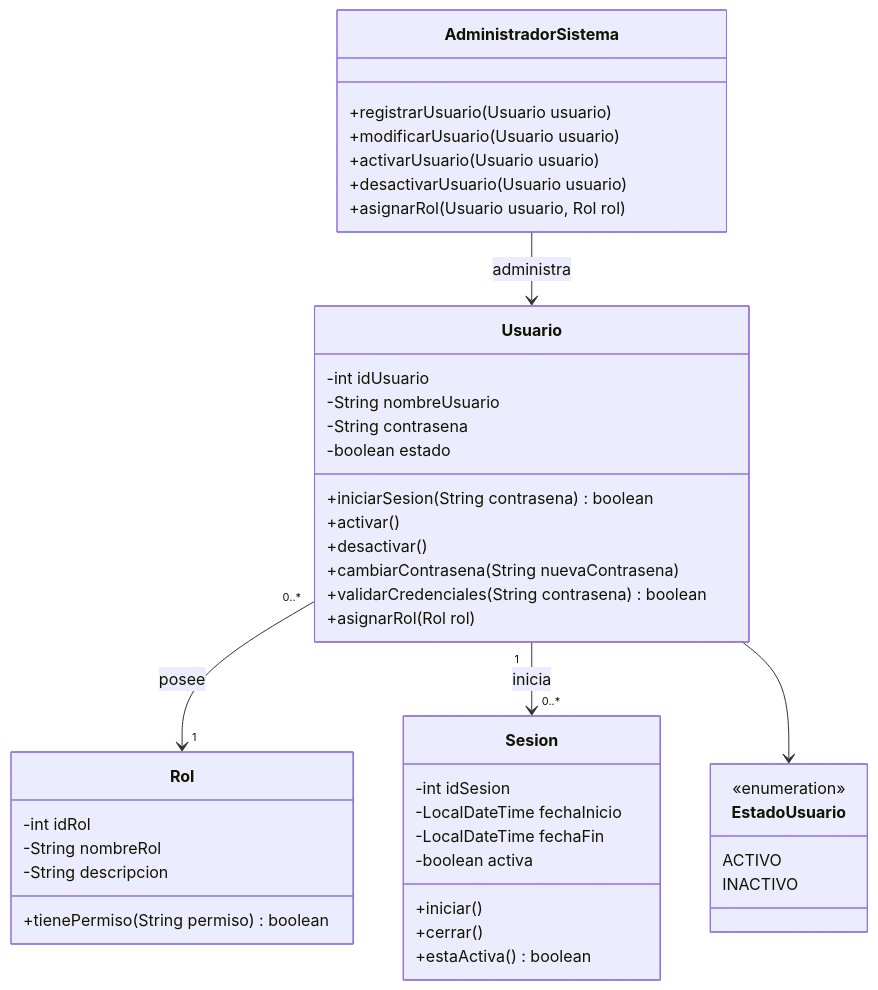
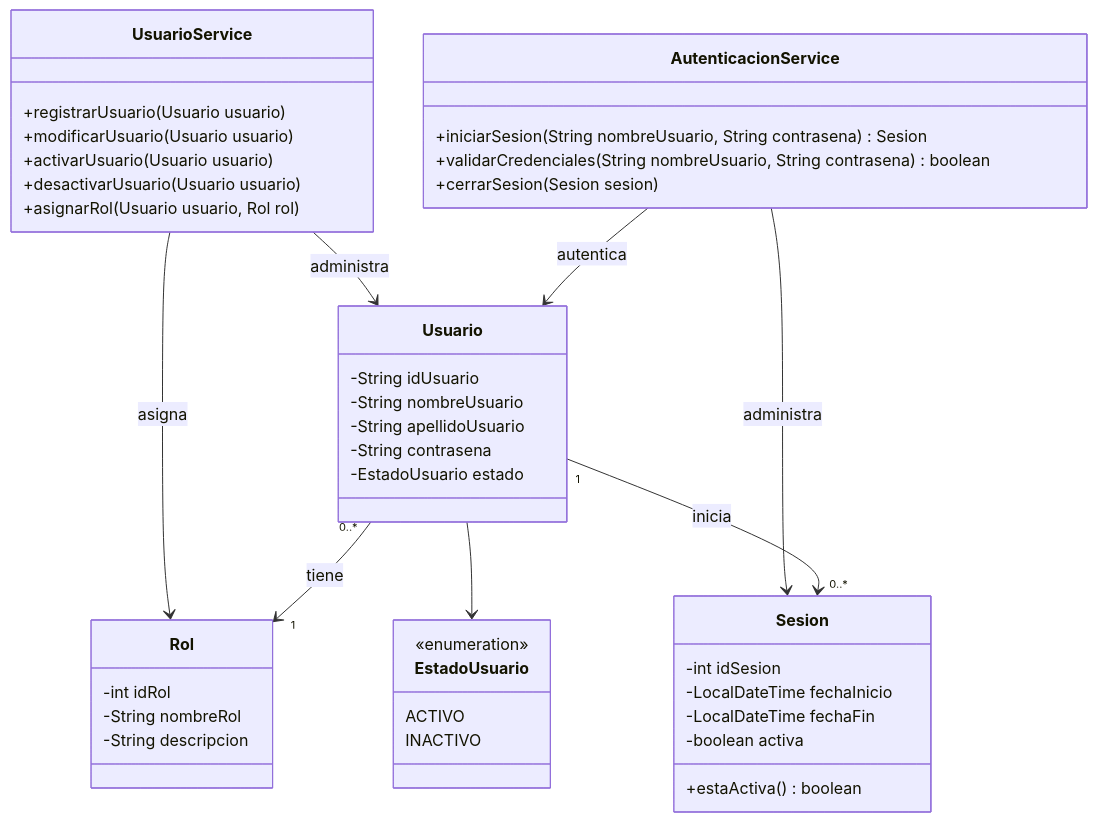
Before and after one commit to EdgardS04SV/2602-PrograII_GestionAcademica: the diagram in uml/04-clases-autenticacion.mmd, drawn with Mermaid. The commit also changed 5 other files, not shown here.

Commit message:
Se actualizan todos los diagramas uml luego de validar consistencia y se agrega el diagrama de arquitectura

```diff
--- a/uml/04-clases-autenticacion.mmd
+++ b/uml/04-clases-autenticacion.mmd
@@ -1,53 +1,55 @@
 classDiagram
 
 class Usuario {
-    -int idUsuario
+    -String idUsuario
     -String nombreUsuario
+    -String apellidoUsuario
     -String contrasena
-    -boolean estado
-    +iniciarSesion(String contrasena) boolean
-    +activar()
-    +desactivar()
-    +cambiarContrasena(String nuevaContrasena)
-    +validarCredenciales(String contrasena) boolean
-    +asignarRol(Rol rol)
+    -EstadoUsuario estado
 }
 
 class Rol {
     -int idRol
     -String nombreRol
     -String descripcion
-    +tienePermiso(String permiso) boolean
-}
-
-class AdministradorSistema {
-    +registrarUsuario(Usuario usuario)
-    +modificarUsuario(Usuario usuario)
-    +activarUsuario(Usuario usuario)
-    +desactivarUsuario(Usuario usuario)
-    +asignarRol(Usuario usuario, Rol rol)
 }
 
 class Sesion {
     -int idSesion
     -LocalDateTime fechaInicio
     -LocalDateTime fechaFin
     -boolean activa
-    +iniciar()
-    +cerrar()
     +estaActiva() boolean
+}
+
+class AutenticacionService {
+    +iniciarSesion(String nombreUsuario, String contrasena) Sesion
+    +validarCredenciales(String nombreUsuario, String contrasena) boolean
+    +cerrarSesion(Sesion sesion)
+}
+
+class UsuarioService {
+    +registrarUsuario(Usuario usuario)
+    +modificarUsuario(Usuario usuario)
+    +activarUsuario(Usuario usuario)
+    +desactivarUsuario(Usuario usuario)
+    +asignarRol(Usuario usuario, Rol rol)
 }
 
 class EstadoUsuario {
     <<enumeration>>
     ACTIVO
     INACTIVO
 }
 
-Usuario "0..*" --> "1" Rol : posee
-
-AdministradorSistema --> Usuario : administra
+Usuario "0..*" --> "1" Rol : tiene
 
 Usuario "1" --> "0..*" Sesion : inicia
 
+AutenticacionService --> Usuario : autentica
+AutenticacionService --> Sesion : administra
+
+UsuarioService --> Usuario : administra
+UsuarioService --> Rol : asigna
+
 Usuario --> EstadoUsuario
```
